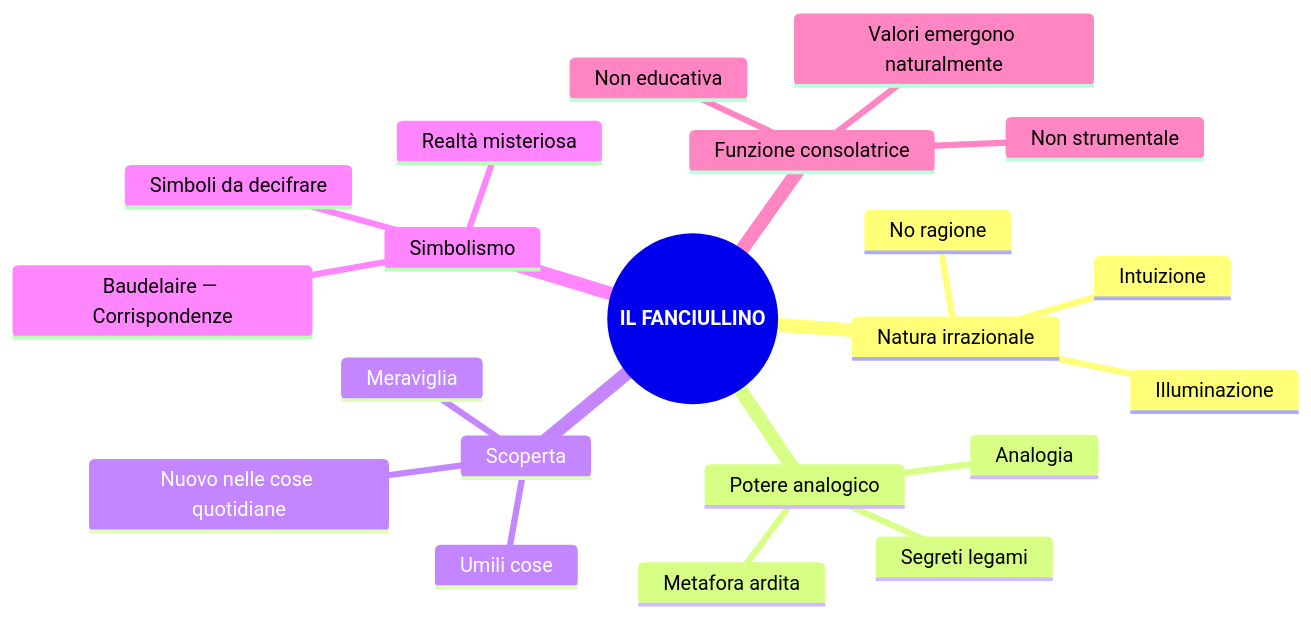
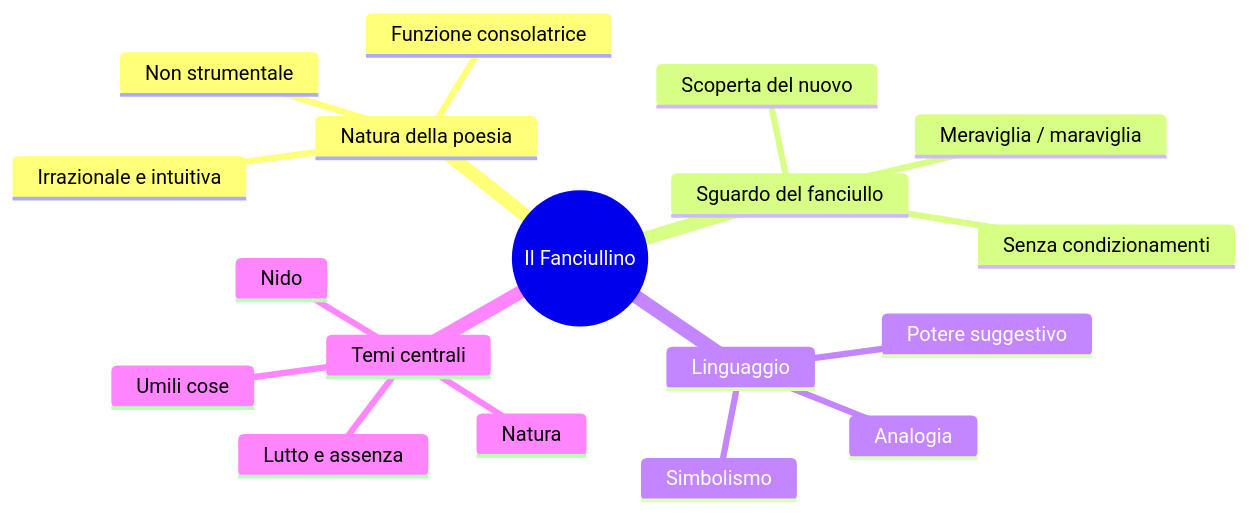
Before and after one commit to riccardo-algorime/appunti-5Bsa: the second of 5 diagrams in italiano/pascoli/mega-schema.md, drawn with Mermaid. The commit also changed other lines of this file and 23 other files, not shown here.

````diff
--- a/italiano/pascoli/mega-schema.md
+++ b/italiano/pascoli/mega-schema.md
@@ -279,24 +188,21 @@
 ```mermaid
 mindmap
-  root((**IL FANCIULLINO**))
-    Natura irrazionale
-      Intuizione
-      Illuminazione
-      No ragione
-    Potere analogico
+  root((Il Fanciullino))
+    Natura della poesia
+      Irrazionale e intuitiva
+      Non strumentale
+      Funzione consolatrice
+    Sguardo del fanciullo
+      Meraviglia / maraviglia
+      Scoperta del nuovo
+      Senza condizionamenti
+    Linguaggio
       Analogia
-      Metafora ardita
-      Segreti legami
-    Scoperta
+      Simbolismo
+      Potere suggestivo
+    Temi centrali
       Umili cose
-      Meraviglia
-      Nuovo nelle cose quotidiane
-    Simbolismo
-      Realtà misteriosa
-      Simboli da decifrare
-      Baudelaire — Corrispondenze
-    Funzione consolatrice
-      Non educativa
-      Non strumentale
-      Valori emergono naturalmente
+      Natura
+      Nido
+      Lutto e assenza
 ```
````
